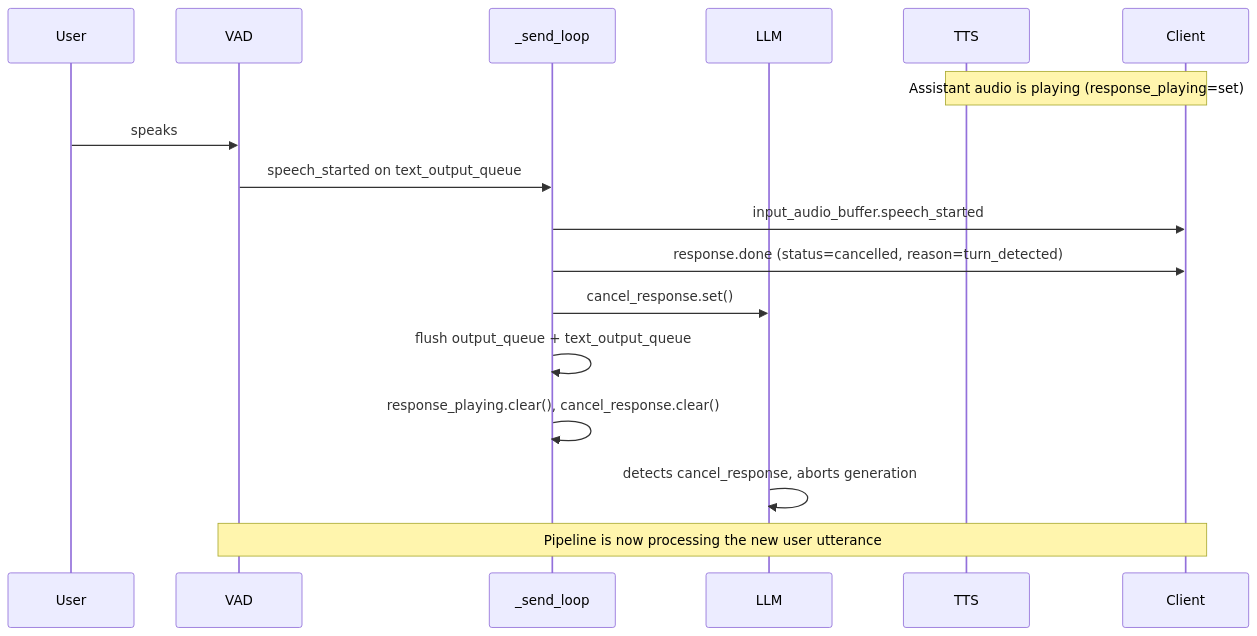
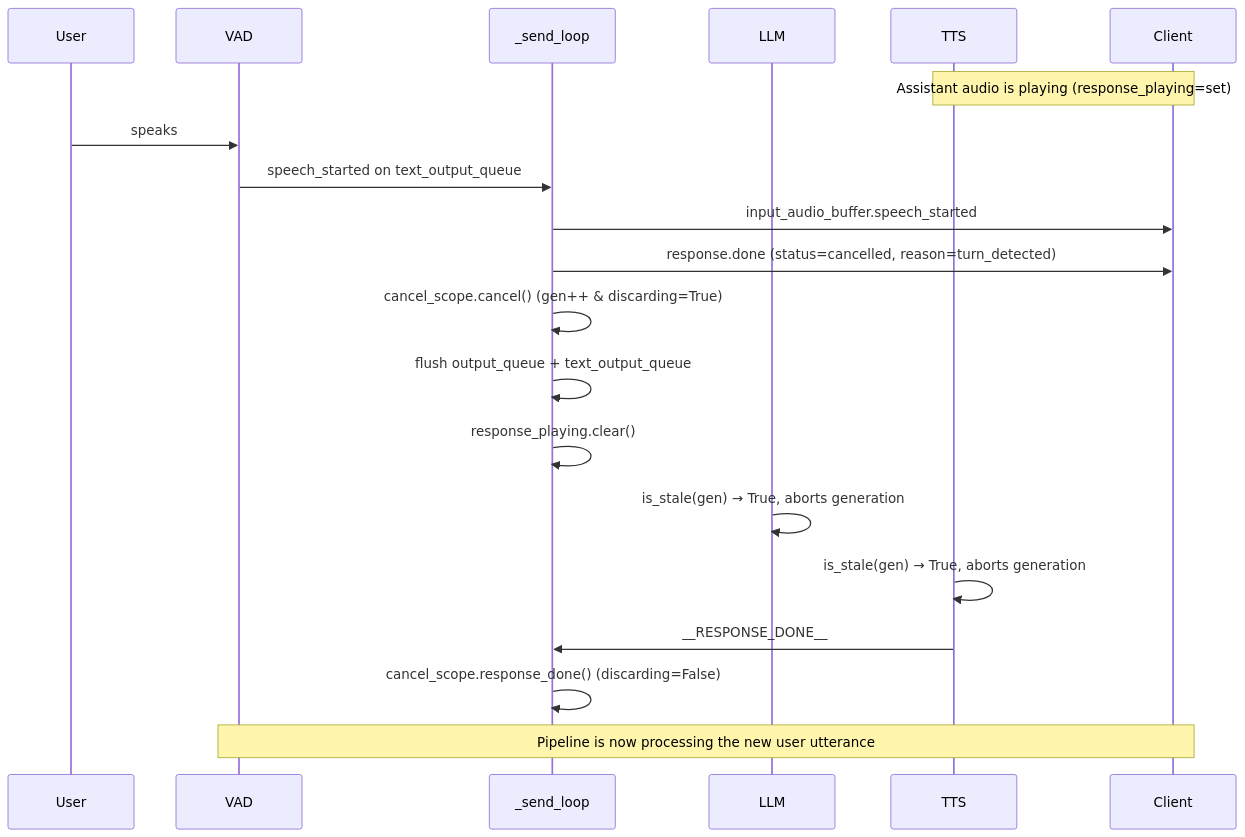
Before and after one commit to huggingface/speech-to-speech: the second of 2 diagrams in api/openai_realtime/README.md, drawn with Mermaid. The commit also changed other lines of this file and 15 other files, not shown here.

````diff
--- a/api/openai_realtime/README.md
+++ b/api/openai_realtime/README.md
@@ -127,20 +134,23 @@
 ```mermaid
 sequenceDiagram
     participant User
     participant VAD
     participant SendLoop as _send_loop
     participant LLM
     participant TTS
     participant Client
 
     Note over TTS,Client: Assistant audio is playing (response_playing=set)
     User->>VAD: speaks
     VAD->>SendLoop: speech_started on text_output_queue
     SendLoop->>Client: input_audio_buffer.speech_started
     SendLoop->>Client: response.done (status=cancelled, reason=turn_detected)
-    SendLoop->>LLM: cancel_response.set()
+    SendLoop->>SendLoop: cancel_scope.cancel() (gen++ & discarding=True)
     SendLoop->>SendLoop: flush output_queue + text_output_queue
-    SendLoop->>SendLoop: response_playing.clear(), cancel_response.clear()
-    LLM->>LLM: detects cancel_response, aborts generation
+    SendLoop->>SendLoop: response_playing.clear()
+    LLM->>LLM: is_stale(gen) → True, aborts generation
+    TTS->>TTS: is_stale(gen) → True, aborts generation
+    TTS->>SendLoop: __RESPONSE_DONE__
+    SendLoop->>SendLoop: cancel_scope.response_done() (discarding=False)
     Note over VAD,Client: Pipeline is now processing the new user utterance
 ```
````
